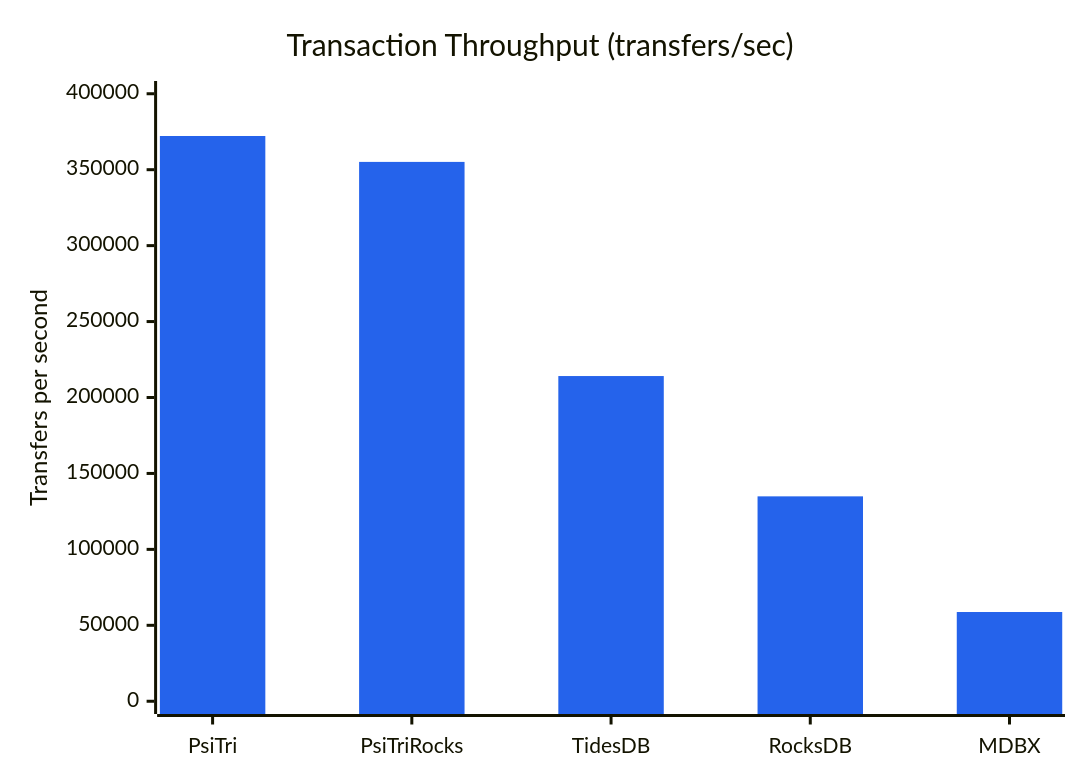
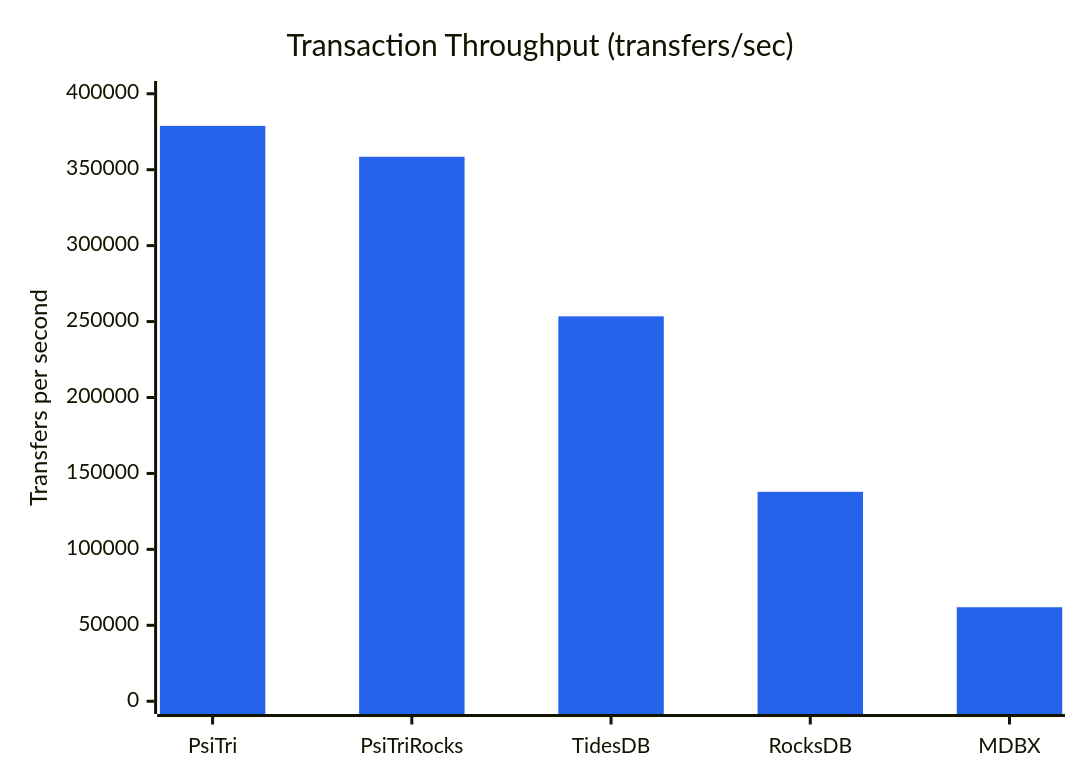
The first of 6 diagrams in programs/BANK_BENCHMARK.md (gofractally/arbtrie), drawn with Mermaid before and after one commit. The commit also changed other lines of this file and 9 other files, not shown here.

````diff
--- a/programs/BANK_BENCHMARK.md
+++ b/programs/BANK_BENCHMARK.md
@@ -45,8 +45,8 @@
 ```mermaid
 %%{init: {'theme': 'base', 'themeVariables': {'xyChart': {'plotColorPalette': '#2563EB'}}}}%%
 xychart-beta
     title "Transaction Throughput (transfers/sec)"
     x-axis ["PsiTri", "PsiTriRocks", "TidesDB", "RocksDB", "MDBX"]
     y-axis "Transfers per second" 0 --> 400000
-    bar [372175, 355126, 214125, 134911, 58756]
+    bar [378849, 358499, 253449, 137906, 61902]
 ```
````
